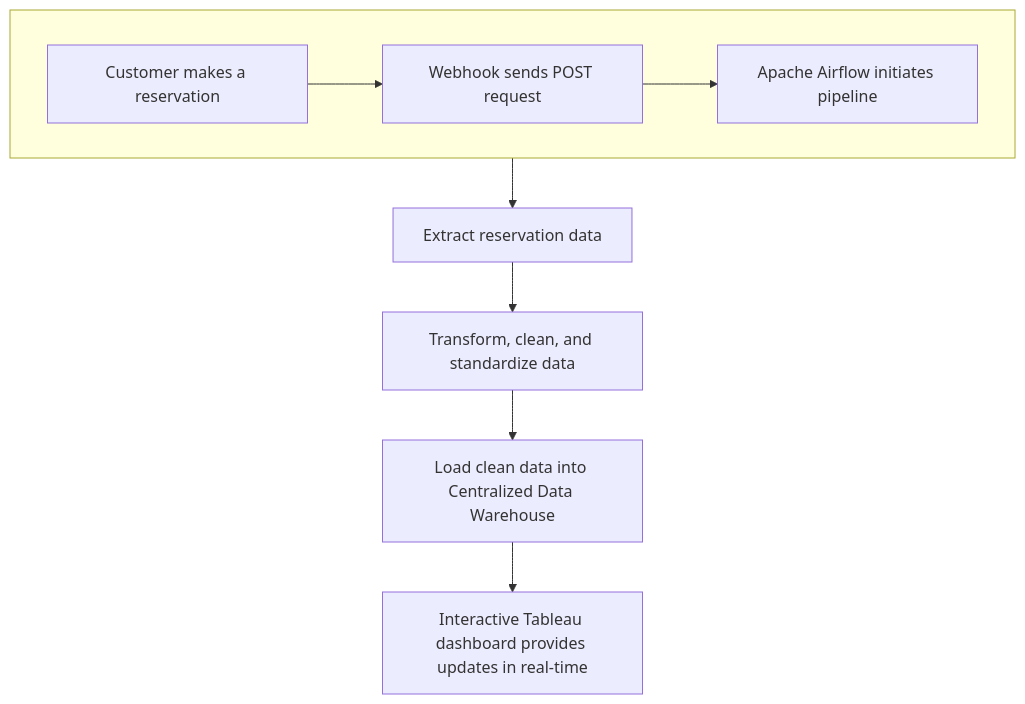
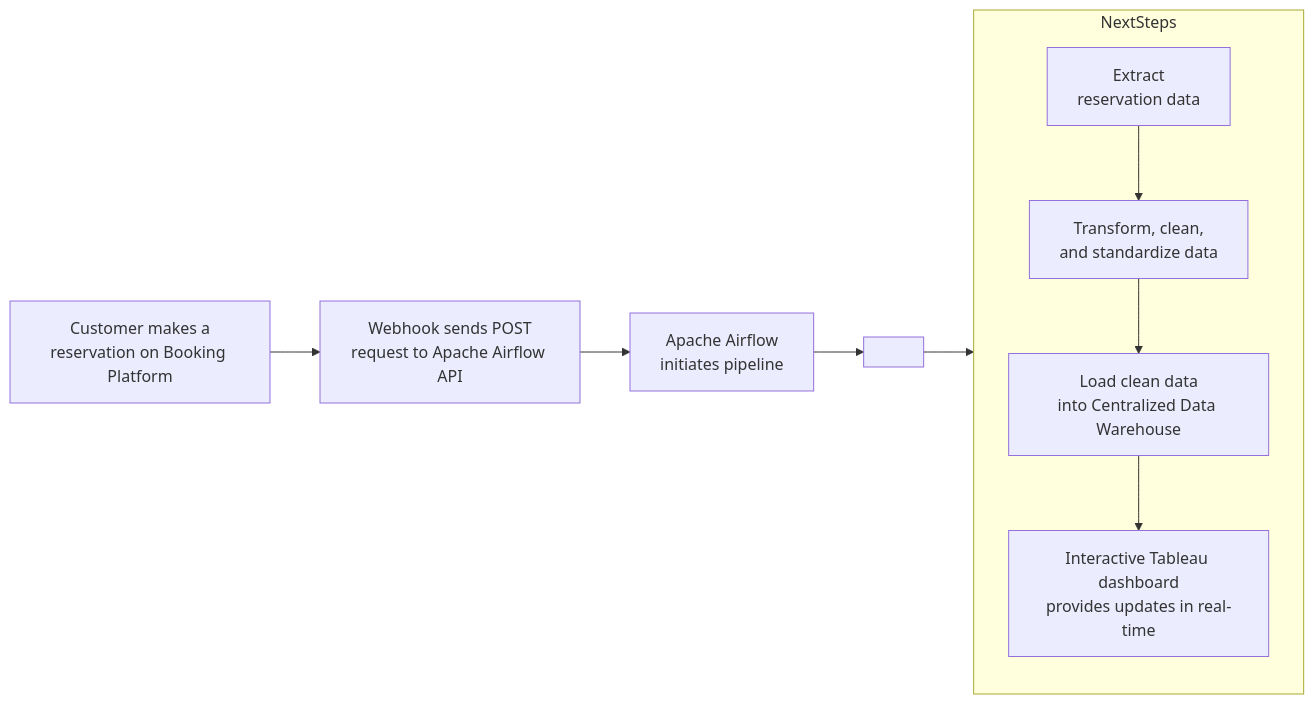
Before and after one commit to psgpyc/Simulated-Restaurant-Booking-System-with-Real-Time-ETL-Pipeline-Using-Django-Webhooks-Airflow-Po: the diagram in README.md, drawn with Mermaid.

````diff
--- a/README.md
+++ b/README.md
@@ -25,16 +25,21 @@
 ```mermaid
-flowchart TB
-    subgraph HorizontalFlow[ ]
-    direction LR
-        A["Customer makes a reservation"]:::wrap --> B["Webhook sends POST request"]:::wrap --> C["Apache Airflow initiates pipeline"]:::wrap
+flowchart LR
+    %% Three nodes arranged horizontally with manual line breaks for wrapping
+    A["Customer makes a<br/>reservation on Booking Platform"] --> 
+    B["Webhook sends POST<br/>request to Apache Airflow API"] --> 
+    C["Apache Airflow<br/>initiates pipeline"]
+
+    %% Dummy node to break out of horizontal flow
+    C --> X[" "]
+
+    %% Subgraph for vertical flow (top-to-bottom)
+    subgraph NextSteps
+    direction TB
+        D["Extract<br/>reservation data"] --> 
+        E["Transform, clean,<br/>and standardize data"] --> 
+        F["Load clean data<br/>into Centralized Data Warehouse"] --> 
+        G["Interactive Tableau dashboard<br/>provides updates in real-time"]
     end
 
-    %% Continue vertically after the subgraph
-    C --> D["Extract reservation data"]:::wrap
-    D --> E["Transform, clean, and standardize data"]:::wrap
-    E --> F["Load clean data into Centralized Data Warehouse"]:::wrap
-    F --> G["Interactive Tableau dashboard provides updates in real-time"]:::wrap
-
-    %% Optional: define a class for wrapping text
-    classDef wrap text-align:left wrap:true width:200px
+    X --> D
 ```
````
